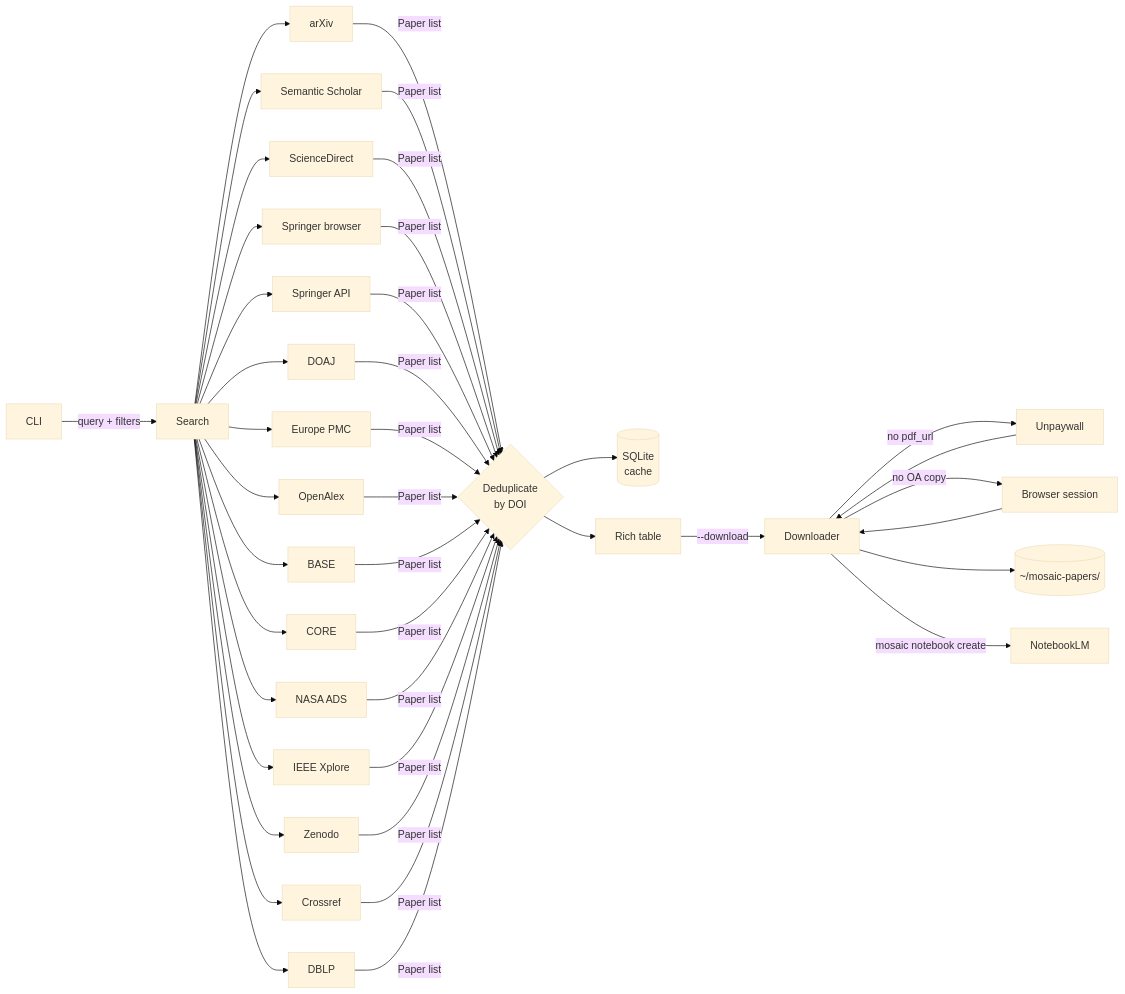
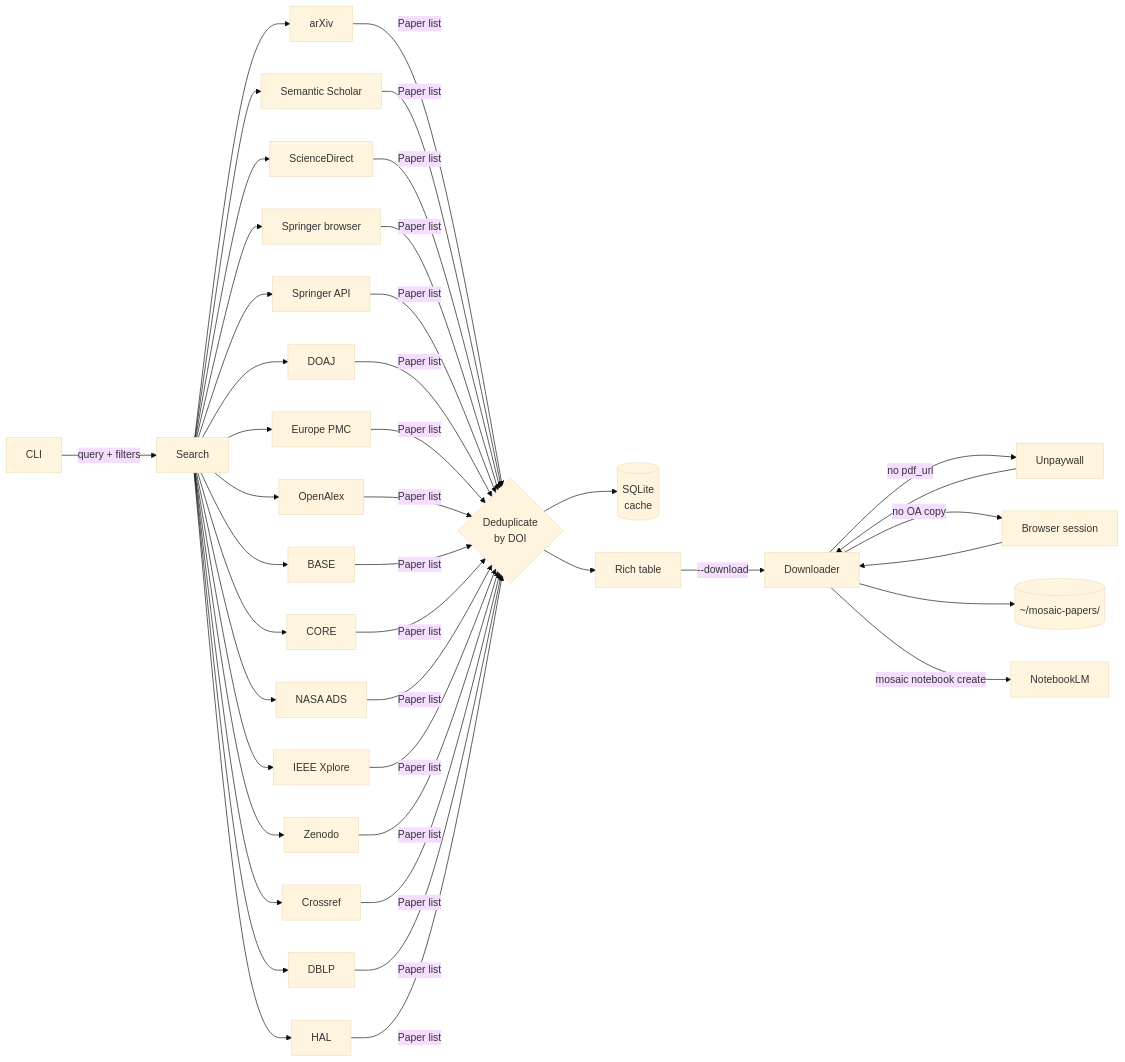
The diagram in README.md (szaghi/mosaic), drawn with Mermaid (base theme) before and after one commit. The commit also changed other lines of this file and 11 other files, not shown here.

First line of the commit message:
feat(sources): add HAL open archive source

````diff
--- a/README.md
+++ b/README.md
@@ -236,15 +237,15 @@
 ```mermaid
 flowchart LR
     CLI -->|query + filters| Search
-    Search --> arXiv & SS[Semantic Scholar] & SD[ScienceDirect] & SP[Springer browser] & SPN[Springer API] & DOAJ & EPMC[Europe PMC] & OA[OpenAlex] & BASE & CORE & ADS[NASA ADS] & IEEE[IEEE Xplore] & ZEN[Zenodo] & CR[Crossref] & DBLP[DBLP]
-    arXiv & SS & SD & SP & SPN & DOAJ & EPMC & OA & BASE & CORE & ADS & IEEE & ZEN & CR & DBLP -->|Paper list| Dedup{Deduplicate\nby DOI}
+    Search --> arXiv & SS[Semantic Scholar] & SD[ScienceDirect] & SP[Springer browser] & SPN[Springer API] & DOAJ & EPMC[Europe PMC] & OA[OpenAlex] & BASE & CORE & ADS[NASA ADS] & IEEE[IEEE Xplore] & ZEN[Zenodo] & CR[Crossref] & DBLP[DBLP] & HAL[HAL]
+    arXiv & SS & SD & SP & SPN & DOAJ & EPMC & OA & BASE & CORE & ADS & IEEE & ZEN & CR & DBLP & HAL -->|Paper list| Dedup{Deduplicate\nby DOI}
     Dedup --> Cache[(SQLite\ncache)]
     Dedup --> Table[Rich table]
     Table -->|--download| DL[Downloader]
     DL -->|no pdf_url| UPW[Unpaywall]
     UPW --> DL
     DL -->|no OA copy| AUTH[Browser session]
     AUTH --> DL
     DL --> Disk[(~/mosaic-papers/)]
     DL -->|mosaic notebook create| NLM[NotebookLM]
 ```
````
